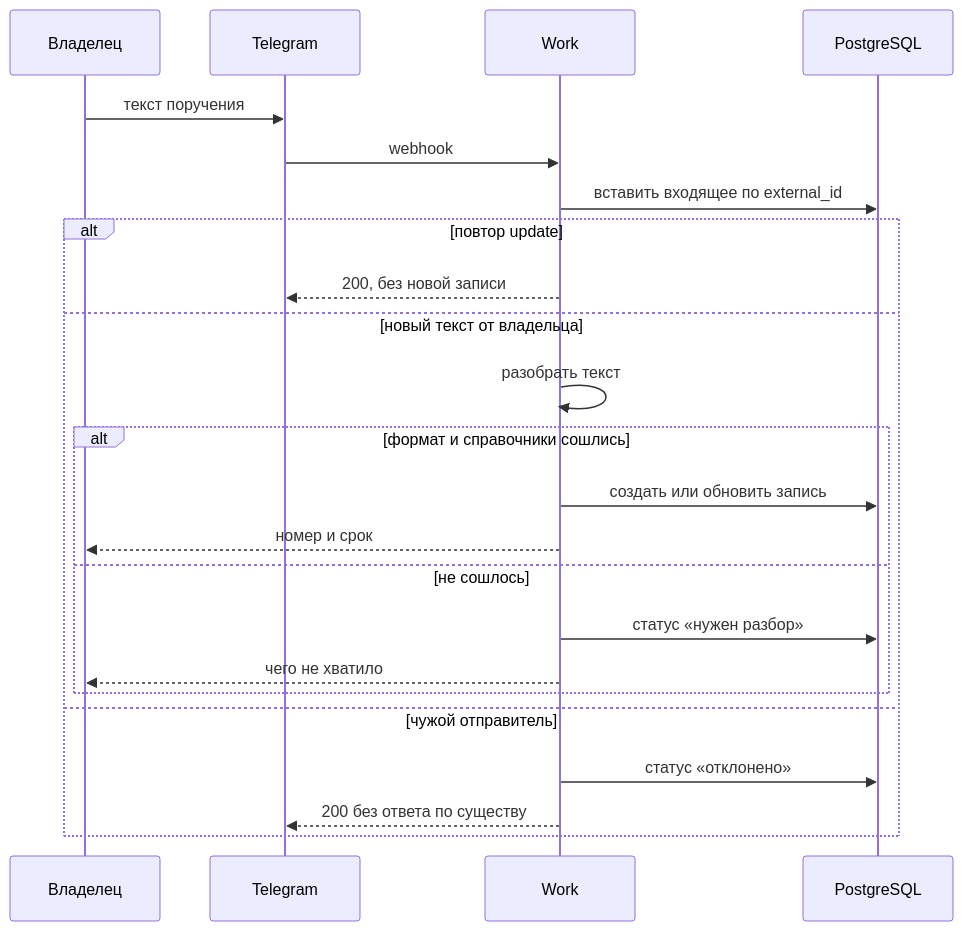
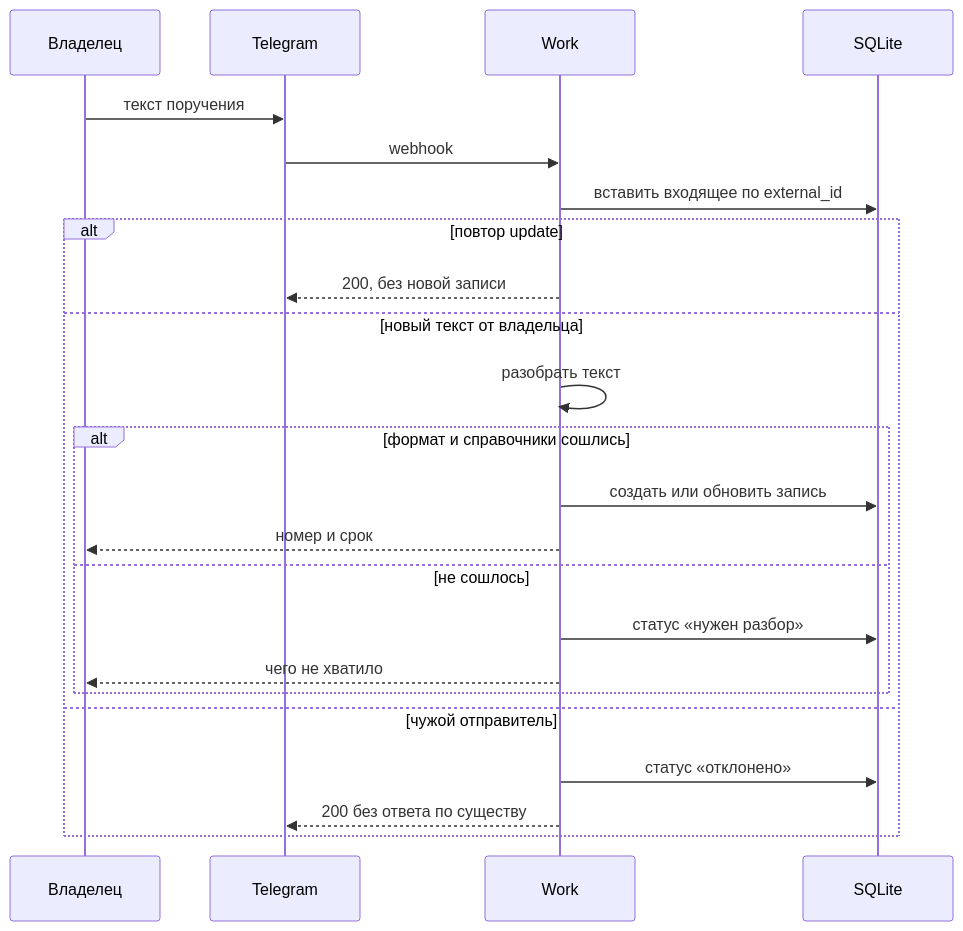
The second of 3 diagrams in docs/ARCHITECTURE.md (kkokurin799/Work), drawn with Mermaid before and after one commit. The commit also changed other lines of this file and 20 other files, not shown here.

````diff
--- a/docs/ARCHITECTURE.md
+++ b/docs/ARCHITECTURE.md
@@ -78,26 +78,26 @@
 ```mermaid
 sequenceDiagram
   participant Owner as Владелец
   participant Tg as Telegram
   participant App as Work
-  participant Db as PostgreSQL
+  participant Db as SQLite
 
   Owner->>Tg: текст поручения
   Tg->>App: webhook
   App->>Db: вставить входящее по external_id
   alt повтор update
     App-->>Tg: 200, без новой записи
   else новый текст от владельца
     App->>App: разобрать текст
     alt формат и справочники сошлись
       App->>Db: создать или обновить запись
       App-->>Owner: номер и срок
     else не сошлось
       App->>Db: статус «нужен разбор»
       App-->>Owner: чего не хватило
     end
   else чужой отправитель
     App->>Db: статус «отклонено»
     App-->>Tg: 200 без ответа по существу
   end
 ```
````
